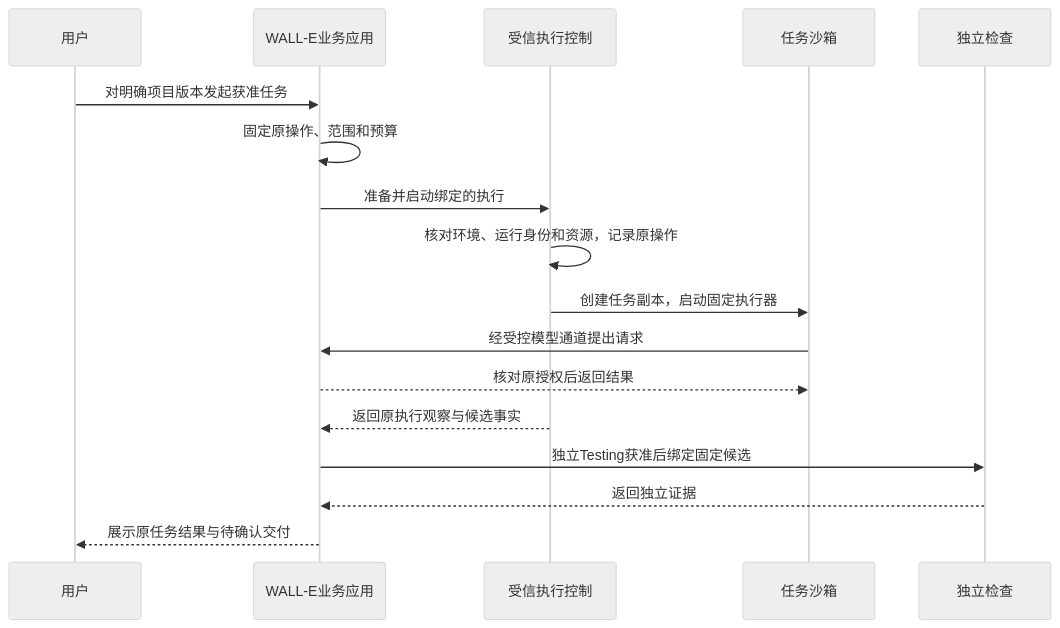
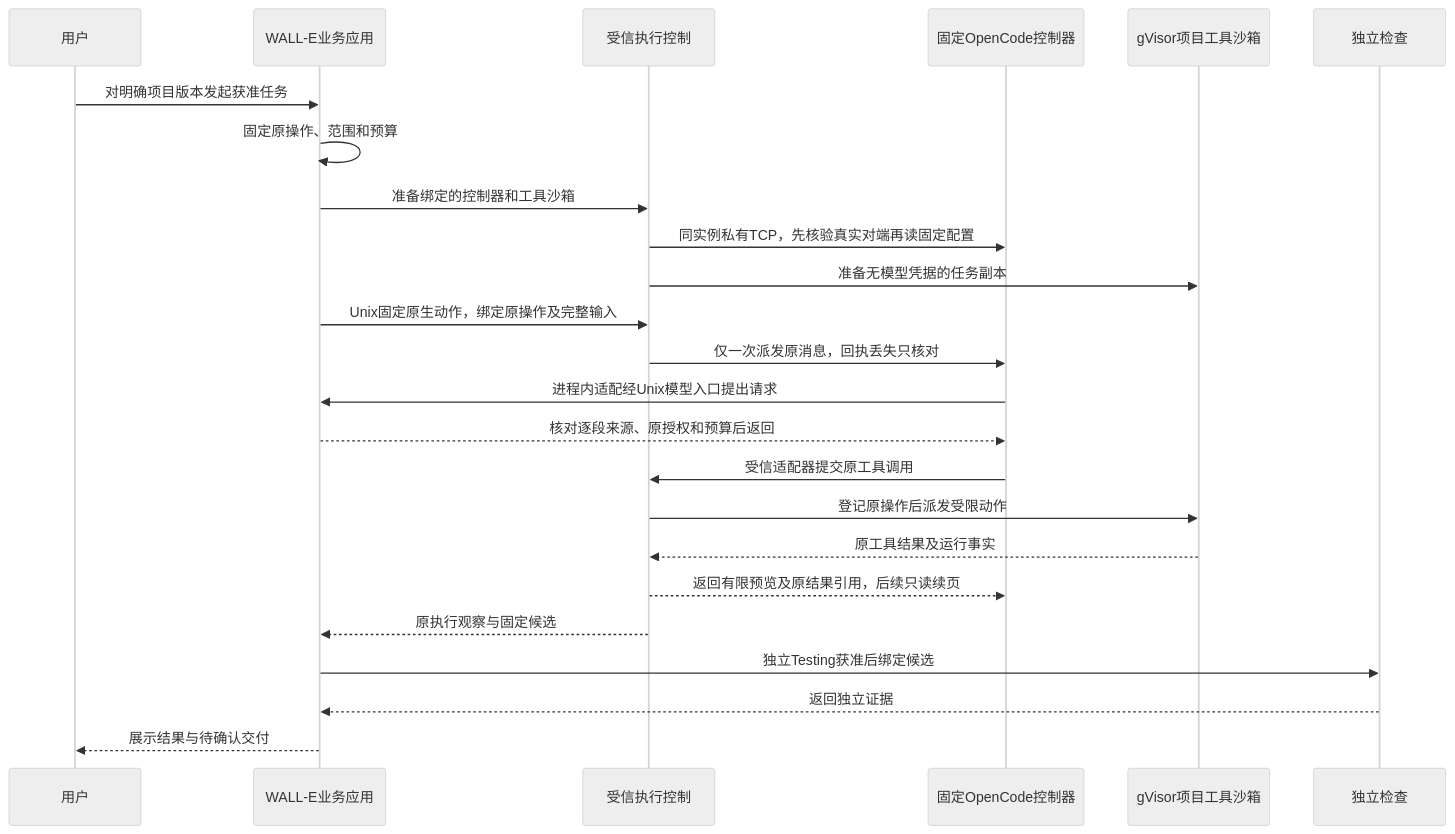
Before and after one commit to y-muzhi/Project_Wall_E: the second of 2 diagrams in docs/iterations/pending/v2.01/WALL-E.架构与平台技术选型评审_V_2.01.md, drawn with Mermaid (neutral theme). The commit also changed other lines of this file and 103 other files, not shown here.

````diff
--- a/docs/iterations/pending/v2.01/WALL-E.架构与平台技术选型评审_V_2.01.md
+++ b/docs/iterations/pending/v2.01/WALL-E.架构与平台技术选型评审_V_2.01.md
@@ -440,19 +598,26 @@
 ```mermaid
 sequenceDiagram
     participant User as 用户
     participant App as WALL-E业务应用
     participant Control as 受信执行控制
-    participant Sandbox as 任务沙箱
+    participant Agent as 固定OpenCode控制器
+    participant Sandbox as gVisor项目工具沙箱
     participant Check as 独立检查
     User->>App: 对明确项目版本发起获准任务
     App->>App: 固定原操作、范围和预算
-    App->>Control: 准备并启动绑定的执行
-    Control->>Control: 核对环境、运行身份和资源，记录原操作
-    Control->>Sandbox: 创建任务副本，启动固定执行器
-    Sandbox->>App: 经受控模型通道提出请求
-    App-->>Sandbox: 核对原授权后返回结果
-    Control-->>App: 返回原执行观察与候选事实
-    App->>Check: 独立Testing获准后绑定固定候选
+    App->>Control: 准备绑定的控制器和工具沙箱
+    Control->>Agent: 同实例私有TCP，先核验真实对端再读固定配置
+    Control->>Sandbox: 准备无模型凭据的任务副本
+    App->>Control: Unix固定原生动作，绑定原操作及完整输入
+    Control->>Agent: 仅一次派发原消息，回执丢失只核对
+    Agent->>App: 进程内适配经Unix模型入口提出请求
+    App-->>Agent: 核对逐段来源、原授权和预算后返回
+    Agent->>Control: 受信适配器提交原工具调用
+    Control->>Sandbox: 登记原操作后派发受限动作
+    Sandbox-->>Control: 原工具结果及运行事实
+    Control-->>Agent: 返回有限预览及原结果引用，后续只读续页
+    Control-->>App: 原执行观察与固定候选
+    App->>Check: 独立Testing获准后绑定候选
     Check-->>App: 返回独立证据
-    App-->>User: 展示原任务结果与待确认交付
+    App-->>User: 展示结果与待确认交付
 ```
````
